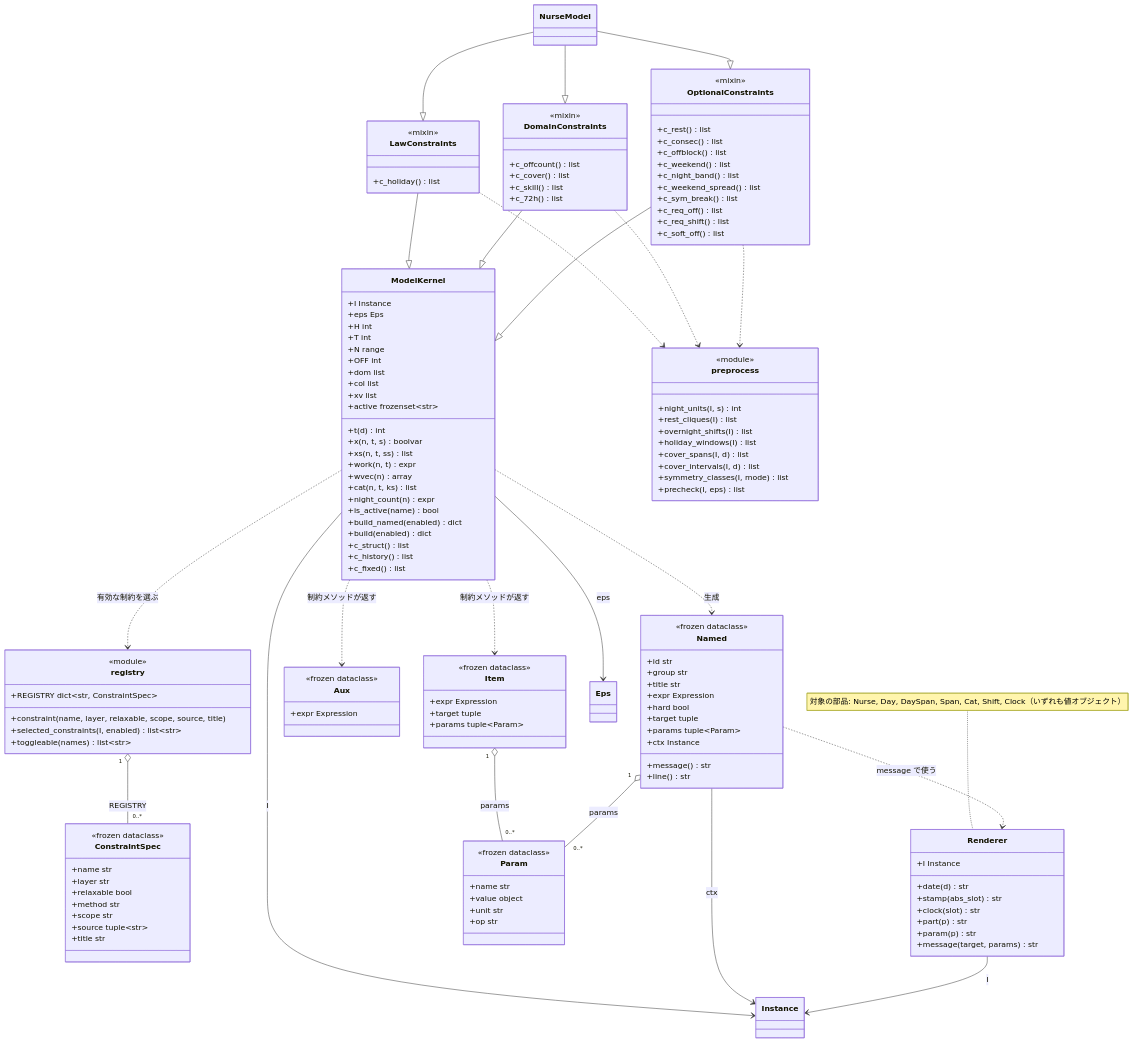
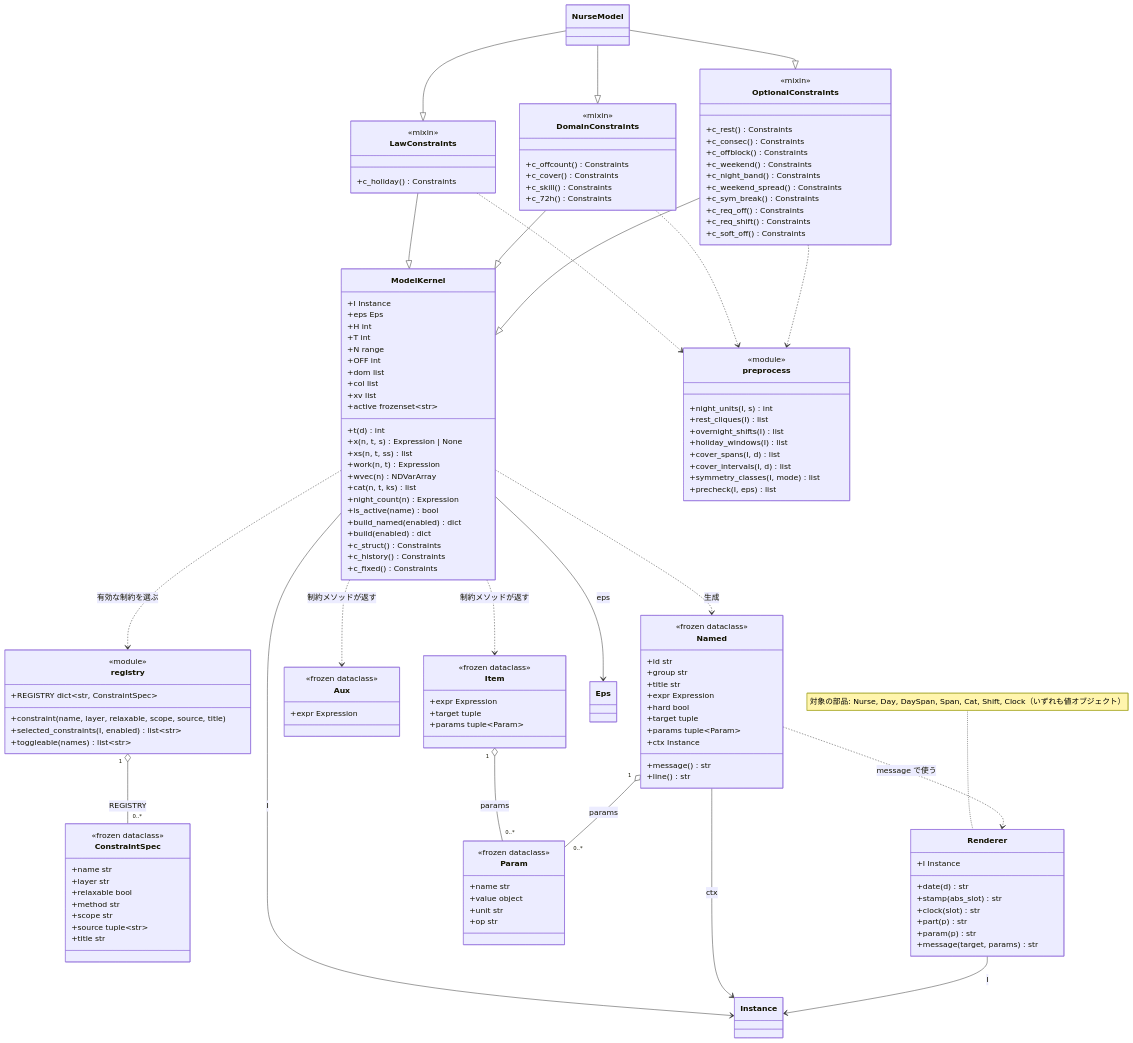
One commit to Axtsukun/nurse-scheduling changed the third of 5 diagrams in docs/design/class-diagram.md. Above: the diagram before and after it, drawn with Mermaid. The commit also changed 26 other files, not shown here.

First line of the commit message:
refactor: 全関数に型ヒントを付け、必須とする（検査テスト・規約・クラス図を更新）

```diff
--- a/docs/design/class-diagram.md
+++ b/docs/design/class-diagram.md
@@ -231,42 +231,42 @@
         +xv list
         +active frozenset~str~
         +t(d) int
-        +x(n, t, s) boolvar
+        +x(n, t, s) Expression | None
         +xs(n, t, ss) list
-        +work(n, t) expr
-        +wvec(n) array
+        +work(n, t) Expression
+        +wvec(n) NDVarArray
         +cat(n, t, ks) list
-        +night_count(n) expr
+        +night_count(n) Expression
         +is_active(name) bool
         +build_named(enabled) dict
         +build(enabled) dict
-        +c_struct() list
-        +c_history() list
-        +c_fixed() list
+        +c_struct() Constraints
+        +c_history() Constraints
+        +c_fixed() Constraints
     }
     class LawConstraints {
         <<mixin>>
-        +c_holiday() list
+        +c_holiday() Constraints
     }
     class DomainConstraints {
         <<mixin>>
-        +c_offcount() list
-        +c_cover() list
-        +c_skill() list
-        +c_72h() list
+        +c_offcount() Constraints
+        +c_cover() Constraints
+        +c_skill() Constraints
+        +c_72h() Constraints
     }
     class OptionalConstraints {
         <<mixin>>
-        +c_rest() list
-        +c_consec() list
-        +c_offblock() list
-        +c_weekend() list
-        +c_night_band() list
-        +c_weekend_spread() list
-        +c_sym_break() list
-        +c_req_off() list
-        +c_req_shift() list
-        +c_soft_off() list
+        +c_rest() Constraints
+        +c_consec() Constraints
+        +c_offblock() Constraints
+        +c_weekend() Constraints
+        +c_night_band() Constraints
+        +c_weekend_spread() Constraints
+        +c_sym_break() Constraints
+        +c_req_off() Constraints
+        +c_req_shift() Constraints
+        +c_soft_off() Constraints
     }
     class NurseModel
     class registry {
```
